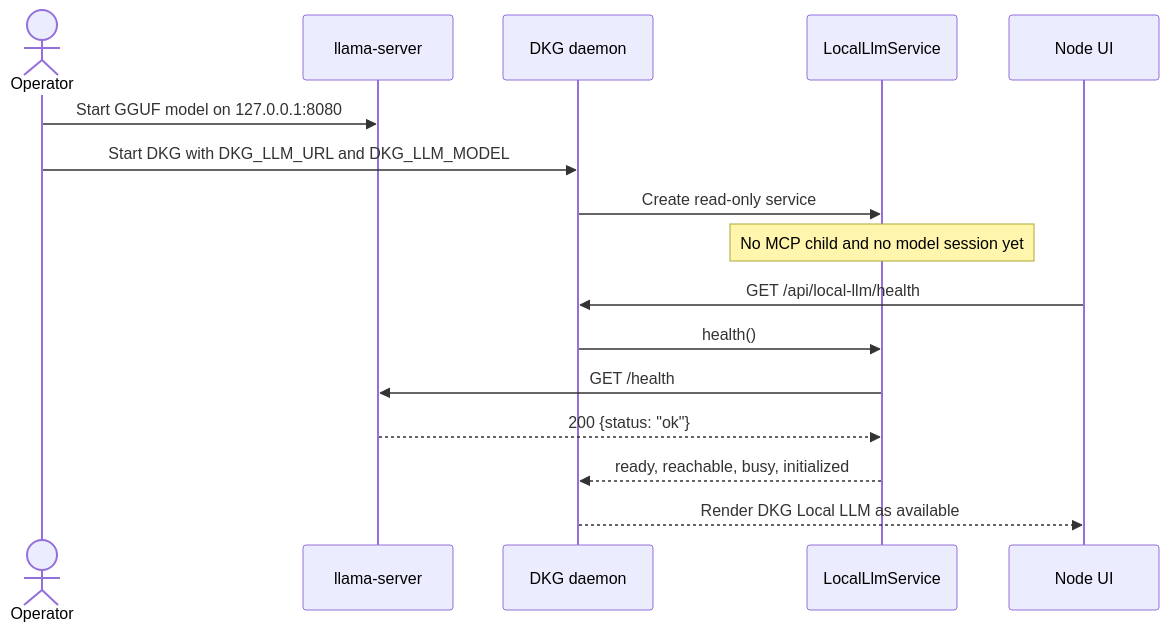
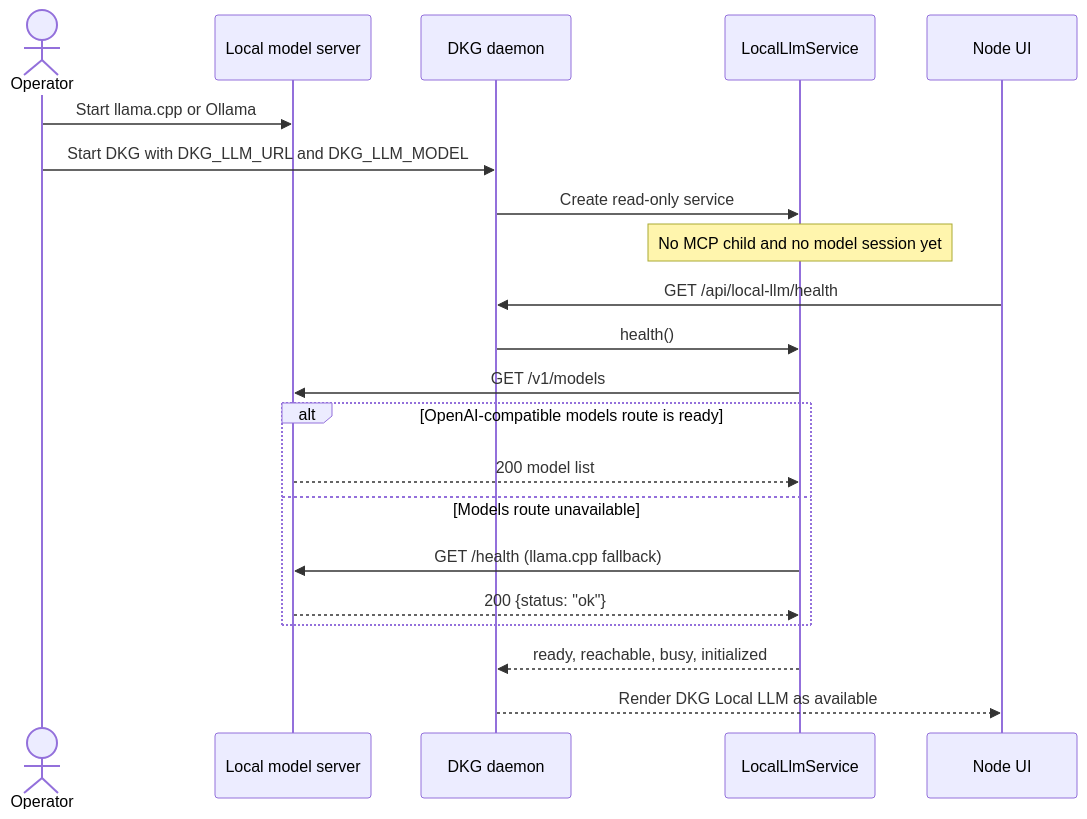
Before and after one commit to OriginTrail/dkg: the first of 3 diagrams in docs/use-dkg/local-llm.md, drawn with Mermaid. The commit also changed other lines of this file and 12 other files, not shown here.

Commit message:
feat(local-llm): support Ollama alongside llama.cpp

````diff
--- a/docs/use-dkg/local-llm.md
+++ b/docs/use-dkg/local-llm.md
@@ -499,19 +596,24 @@
 ```mermaid
 sequenceDiagram
   actor Operator
-  participant Llama as llama-server
+  participant Model as Local model server
   participant Daemon as DKG daemon
   participant Service as LocalLlmService
   participant UI as Node UI
 
-  Operator->>Llama: Start GGUF model on 127.0.0.1:8080
+  Operator->>Model: Start llama.cpp or Ollama
   Operator->>Daemon: Start DKG with DKG_LLM_URL and DKG_LLM_MODEL
   Daemon->>Service: Create read-only service
   Note over Service: No MCP child and no model session yet
   UI->>Daemon: GET /api/local-llm/health
   Daemon->>Service: health()
-  Service->>Llama: GET /health
-  Llama-->>Service: 200 {status: "ok"}
+  Service->>Model: GET /v1/models
+  alt OpenAI-compatible models route is ready
+    Model-->>Service: 200 model list
+  else Models route unavailable
+    Service->>Model: GET /health (llama.cpp fallback)
+    Model-->>Service: 200 {status: "ok"}
+  end
   Service-->>Daemon: ready, reachable, busy, initialized
   Daemon-->>UI: Render DKG Local LLM as available
 ```
````
